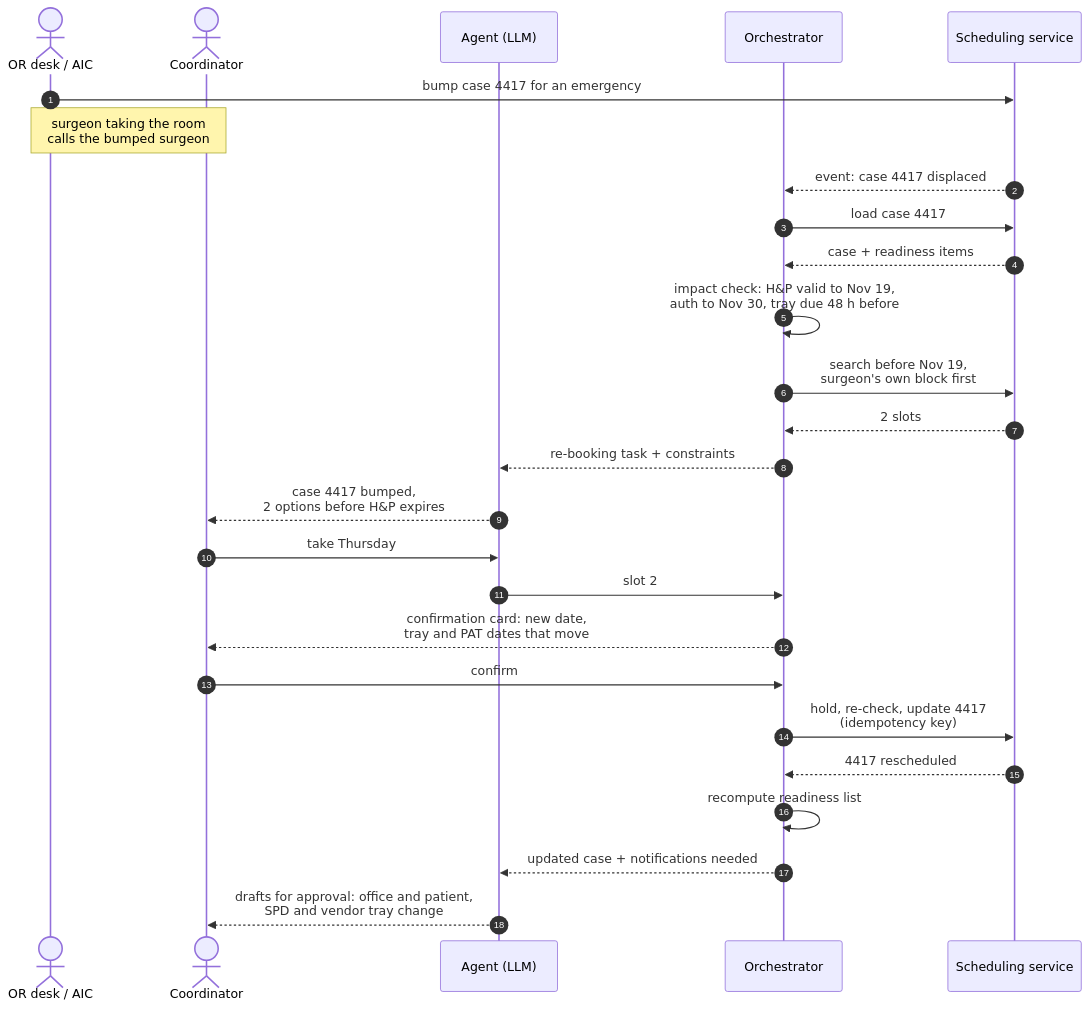
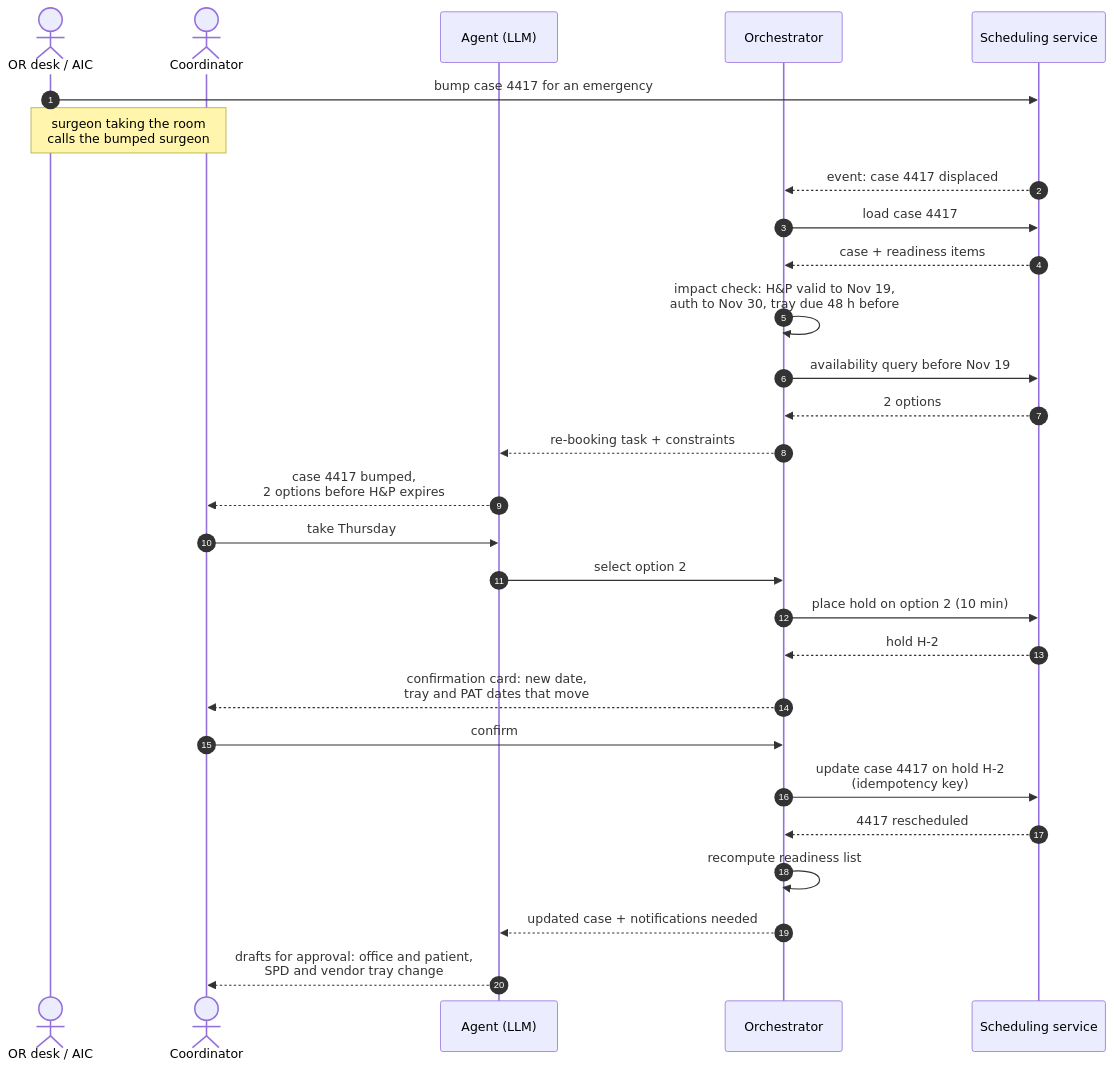
One commit to ajmartin94/qventus_takehome changed the fifth of 5 diagrams in docs/diagrams/booking_flow.md. Above: the diagram before and after it, drawn with Mermaid. The commit also changed other lines of this file and 1 other file, not shown here.

First line of the commit message:
Split booking flow around a hold; detail domain and orchestrator plan

````diff
--- a/docs/diagrams/booking_flow.md
+++ b/docs/diagrams/booking_flow.md
@@ -224,28 +246,30 @@
 ```mermaid
 sequenceDiagram
     autonumber
     actor D as OR desk / AIC
     actor C as Coordinator
     participant A as Agent (LLM)
     participant O as Orchestrator
     participant S as Scheduling service
     D->>S: bump case 4417 for an emergency
     Note over D,C: surgeon taking the room<br/>calls the bumped surgeon
     S-->>O: event: case 4417 displaced
     O->>S: load case 4417
     S-->>O: case + readiness items
     O->>O: impact check: H&P valid to Nov 19,<br/>auth to Nov 30, tray due 48 h before
-    O->>S: search before Nov 19,<br/>surgeon's own block first
-    S-->>O: 2 slots
+    O->>S: availability query before Nov 19
+    S-->>O: 2 options
     O-->>A: re-booking task + constraints
     A-->>C: case 4417 bumped,<br/>2 options before H&P expires
     C->>A: take Thursday
-    A->>O: slot 2
+    A->>O: select option 2
+    O->>S: place hold on option 2 (10 min)
+    S-->>O: hold H-2
     O-->>C: confirmation card: new date,<br/>tray and PAT dates that move
     C->>O: confirm
-    O->>S: hold, re-check, update 4417<br/>(idempotency key)
+    O->>S: update case 4417 on hold H-2<br/>(idempotency key)
     S-->>O: 4417 rescheduled
     O->>O: recompute readiness list
     O-->>A: updated case + notifications needed
     A-->>C: drafts for approval: office and patient,<br/>SPD and vendor tray change
 ```
````
